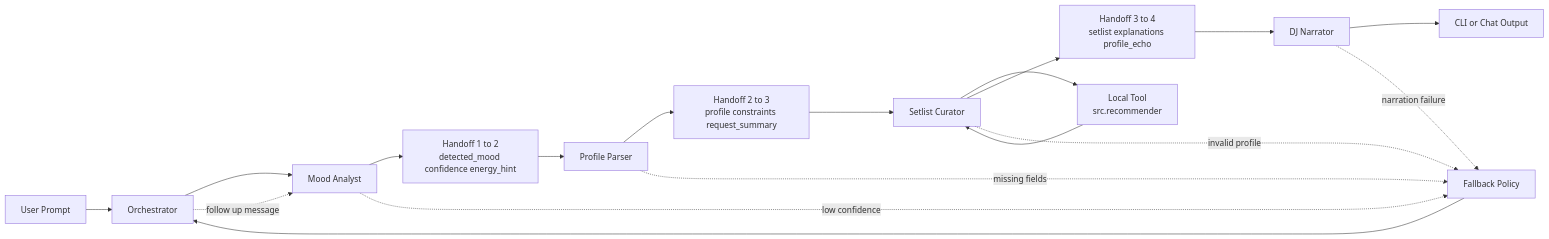
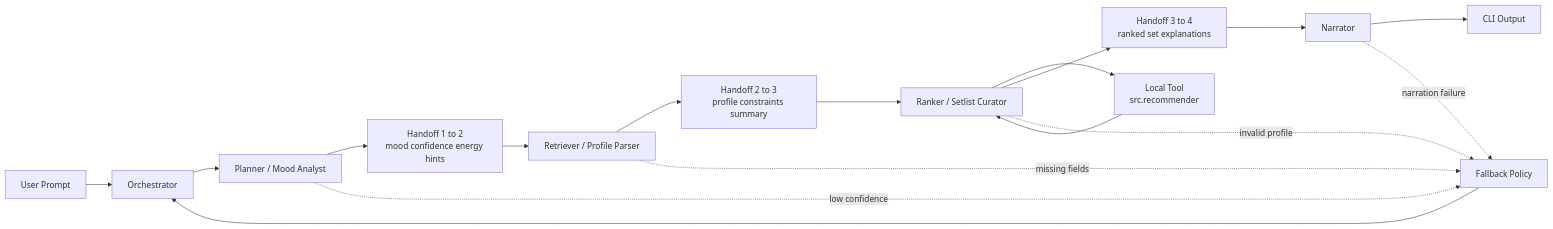
The diagram in plan.MD (Davii-Ng/final-applied-AI-project), drawn with Mermaid before and after one commit. The commit also changed other lines of this file and 17 other files, not shown here.

````diff
--- a/plan.MD
+++ b/plan.MD
@@ -19,22 +30,20 @@
 ```mermaid
 flowchart LR
   U[User Prompt] --> O[Orchestrator]
-  O --> A1[Mood Analyst]
-  A1 --> H12[Handoff 1 to 2<br/>detected_mood confidence energy_hint]
-  H12 --> A2[Profile Parser]
-  A2 --> H23[Handoff 2 to 3<br/>profile constraints request_summary]
-  H23 --> A3[Setlist Curator]
+  O --> A1[Planner / Mood Analyst]
+  A1 --> H12[Handoff 1 to 2<br/>mood confidence energy hints]
+  H12 --> A2[Retriever / Profile Parser]
+  A2 --> H23[Handoff 2 to 3<br/>profile constraints summary]
+  H23 --> A3[Ranker / Setlist Curator]
   A3 --> T[Local Tool<br/>src.recommender]
   T --> A3
-  A3 --> H34[Handoff 3 to 4<br/>setlist explanations profile_echo]
-  H34 --> A4[DJ Narrator]
-  A4 --> C[CLI or Chat Output]
+  A3 --> H34[Handoff 3 to 4<br/>ranked set explanations]
+  H34 --> A4[Narrator]
+  A4 --> C[CLI Output]
 
   A1 -. low confidence .-> F[Fallback Policy]
   A2 -. missing fields .-> F
   A3 -. invalid profile .-> F
   A4 -. narration failure .-> F
   F --> O
-
-  O -. follow up message .-> A1
 ```
````
